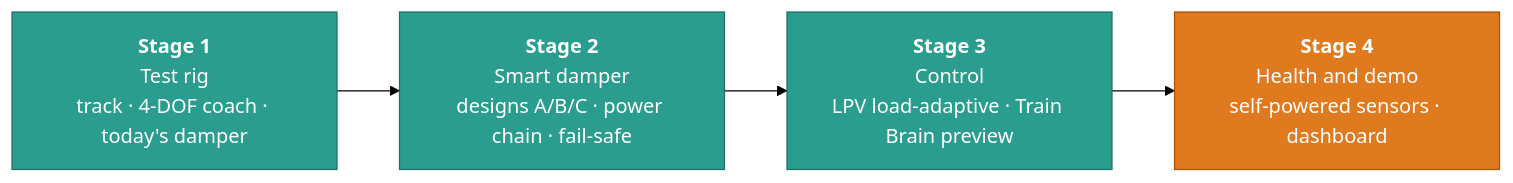
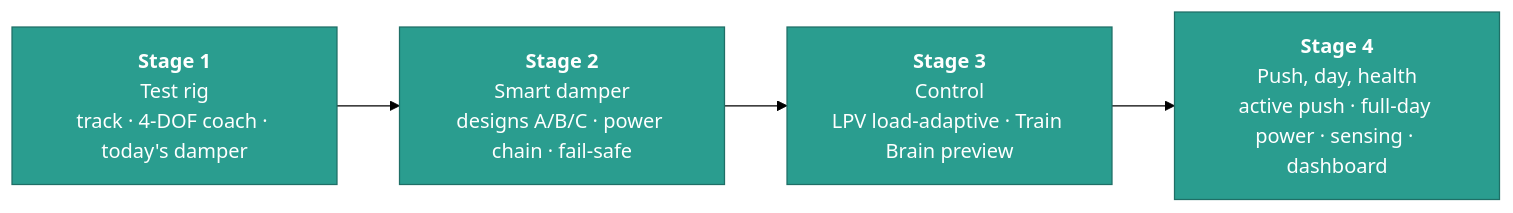
One commit to Sangeeth0301/SwarmRide-Bharat changed the second of 2 diagrams in README.md. Above: the diagram before and after it, drawn with Mermaid (forest theme). The commit also changed other lines of this file, not shown here.

Commit message:
docs(readme): show all four simulation stages as done

````diff
--- a/README.md
+++ b/README.md
@@ -149,13 +149,12 @@
 ```mermaid
 flowchart LR
     S1["<b>Stage 1</b><br/>Test rig<br/>track · 4-DOF coach · today's damper"]
     S2["<b>Stage 2</b><br/>Smart damper<br/>designs A/B/C · power chain · fail-safe"]
     S3["<b>Stage 3</b><br/>Control<br/>LPV load-adaptive · Train Brain preview"]
-    S4["<b>Stage 4</b><br/>Health and demo<br/>self-powered sensors · dashboard"]
+    S4["<b>Stage 4</b><br/>Push, day, health<br/>active push · full-day power · sensing · dashboard"]
     S1 --> S2 --> S3 --> S4
     classDef done fill:#2A9D8F,stroke:#1F6F66,color:#ffffff
     classDef now fill:#E07A1F,stroke:#A8520F,color:#ffffff
     classDef next fill:#EEF3FA,stroke:#9AA8BC,color:#13233A
-    class S1,S2,S3 done
-    class S4 now
+    class S1,S2,S3,S4 done
 ```
````
